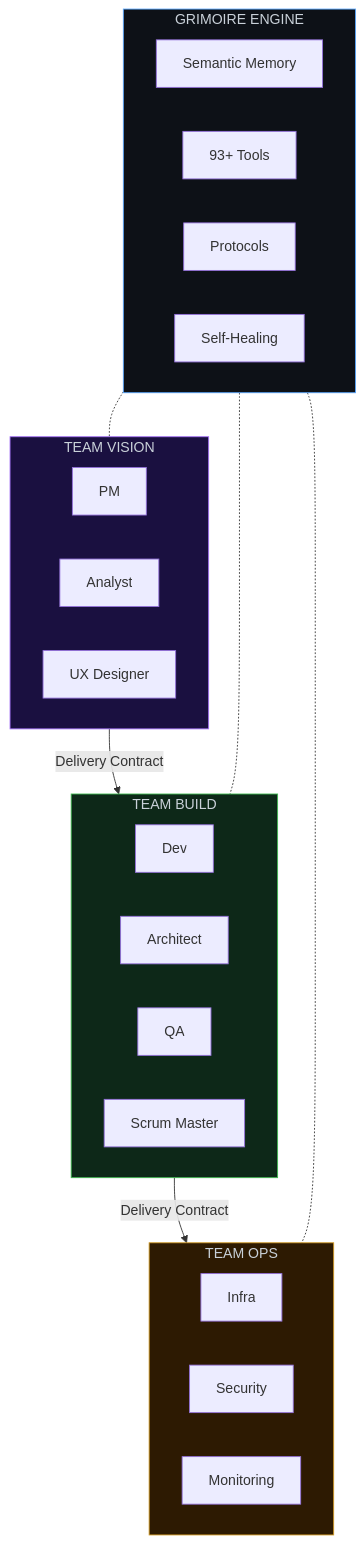
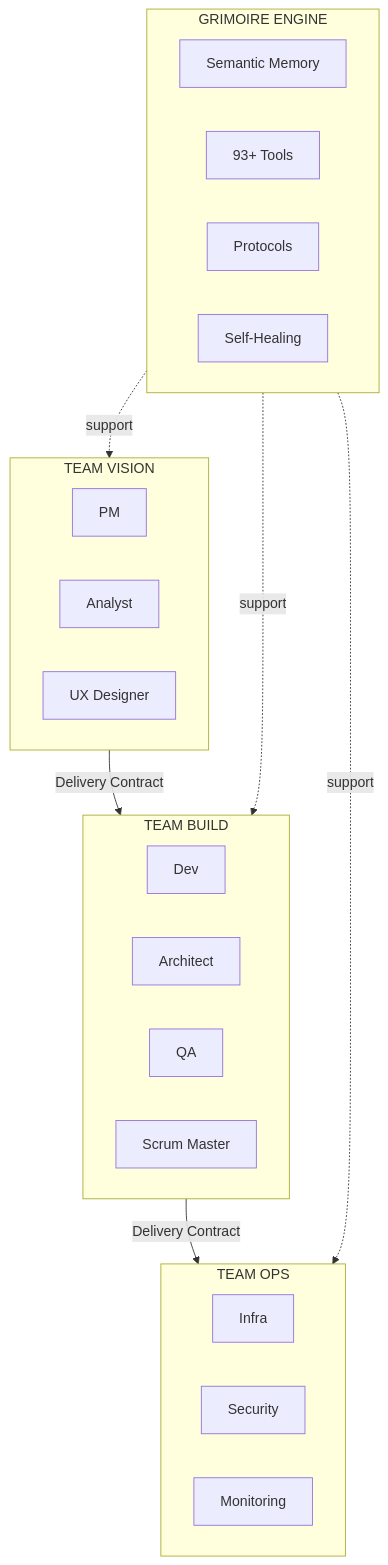
The first of 2 diagrams in README.md (Guilhem-Bonnet/Grimoire-kit), drawn with Mermaid before and after one commit. The commit also changed other lines of this file, not shown here.

Commit message:
docs(readme): fix architecture mermaid rendering on GitHub

````diff
--- a/README.md
+++ b/README.md
@@ -141,39 +138,34 @@
 ```mermaid
-graph TB
-    subgraph VISION["TEAM VISION"]
-        PM["PM"]
-        AN["Analyst"]
-        UX["UX Designer"]
-    end
+flowchart TB
+  subgraph VISION[TEAM VISION]
+    PM[PM]
+    AN[Analyst]
+    UX[UX Designer]
+  end
 
-    subgraph BUILD["TEAM BUILD"]
-        DEV["Dev"]
-        ARCH["Architect"]
-        QA["QA"]
-        SM["Scrum Master"]
-    end
+  subgraph BUILD[TEAM BUILD]
+    DEV[Dev]
+    ARCH[Architect]
+    QA[QA]
+    SM[Scrum Master]
+  end
 
-    subgraph OPS["TEAM OPS"]
-        INFRA["Infra"]
-        SEC["Security"]
-        MON["Monitoring"]
-    end
+  subgraph OPS[TEAM OPS]
+    INFRA[Infra]
+    SEC[Security]
+    MON[Monitoring]
+  end
 
-    subgraph ENGINE["GRIMOIRE ENGINE"]
-        MEM["Semantic Memory"]
-        TOOLS["93+ Tools"]
-        PROTO["Protocols"]
-        HEAL["Self-Healing"]
-    end
+  subgraph ENGINE[GRIMOIRE ENGINE]
+    MEM[Semantic Memory]
+    TOOLS[93+ Tools]
+    PROTO[Protocols]
+    HEAL[Self-Healing]
+  end
 
-    VISION -- "Delivery Contract" --> BUILD
-    BUILD -- "Delivery Contract" --> OPS
-    ENGINE -.- VISION
-    ENGINE -.- BUILD
-    ENGINE -.- OPS
-
-    style VISION fill:#1a1040,stroke:#a371f7,color:#c9d1d9
-    style BUILD fill:#0d2818,stroke:#3fb950,color:#c9d1d9
-    style OPS fill:#2d1a02,stroke:#d29922,color:#c9d1d9
-    style ENGINE fill:#0d1117,stroke:#58a6ff,color:#c9d1d9
+  VISION -- Delivery Contract --> BUILD
+  BUILD -- Delivery Contract --> OPS
+  ENGINE -. support .-> VISION
+  ENGINE -. support .-> BUILD
+  ENGINE -. support .-> OPS
 ```
````
